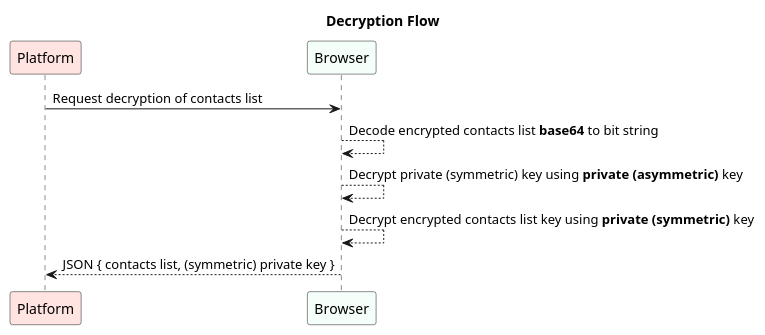
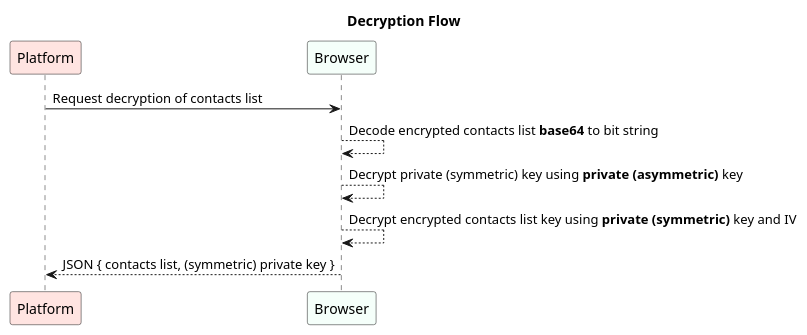
Before and after one commit to paginas-secretas/docs: the diagram in src/domain/puml/decryption-flow.puml, drawn with PlantUML. The commit also changed 1 other file, not shown here.

Commit message:
docs(domain): add reference to initialization vector in encryption and decryption flow diagrams

```diff
--- a/src/domain/puml/decryption-flow.puml
+++ b/src/domain/puml/decryption-flow.puml
@@ -1,16 +1,16 @@
 @startuml decryption-flow
 
 title "Decryption Flow"
 
 participant "Platform" as PL #MistyRose
 participant Browser #MintCream
 
 PL -> Browser: Request decryption of contacts list
 
 Browser --> Browser: Decode encrypted contacts list **base64** to bit string
 Browser --> Browser: Decrypt private (symmetric) key using **private (asymmetric)** key
-Browser --> Browser: Decrypt encrypted contacts list key using **private (symmetric)** key
+Browser --> Browser: Decrypt encrypted contacts list key using **private (symmetric)** key and IV
 
 Browser --> PL: JSON { contacts list, (symmetric) private key }
 
 @enduml
```
